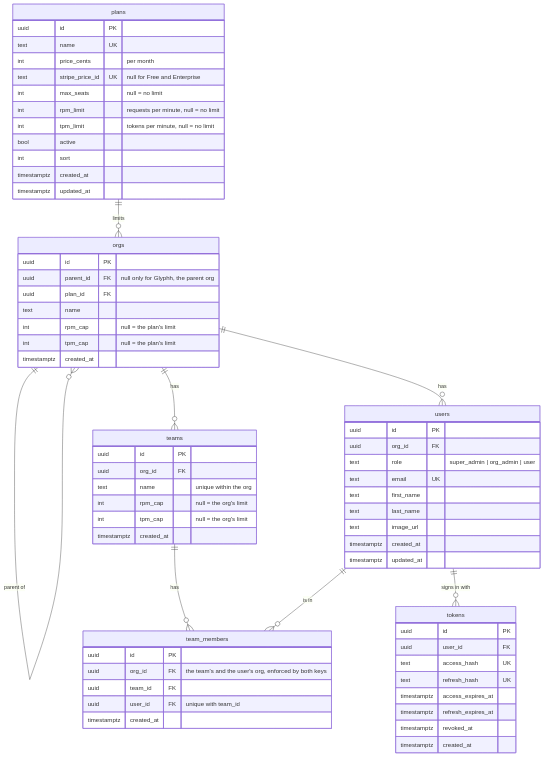
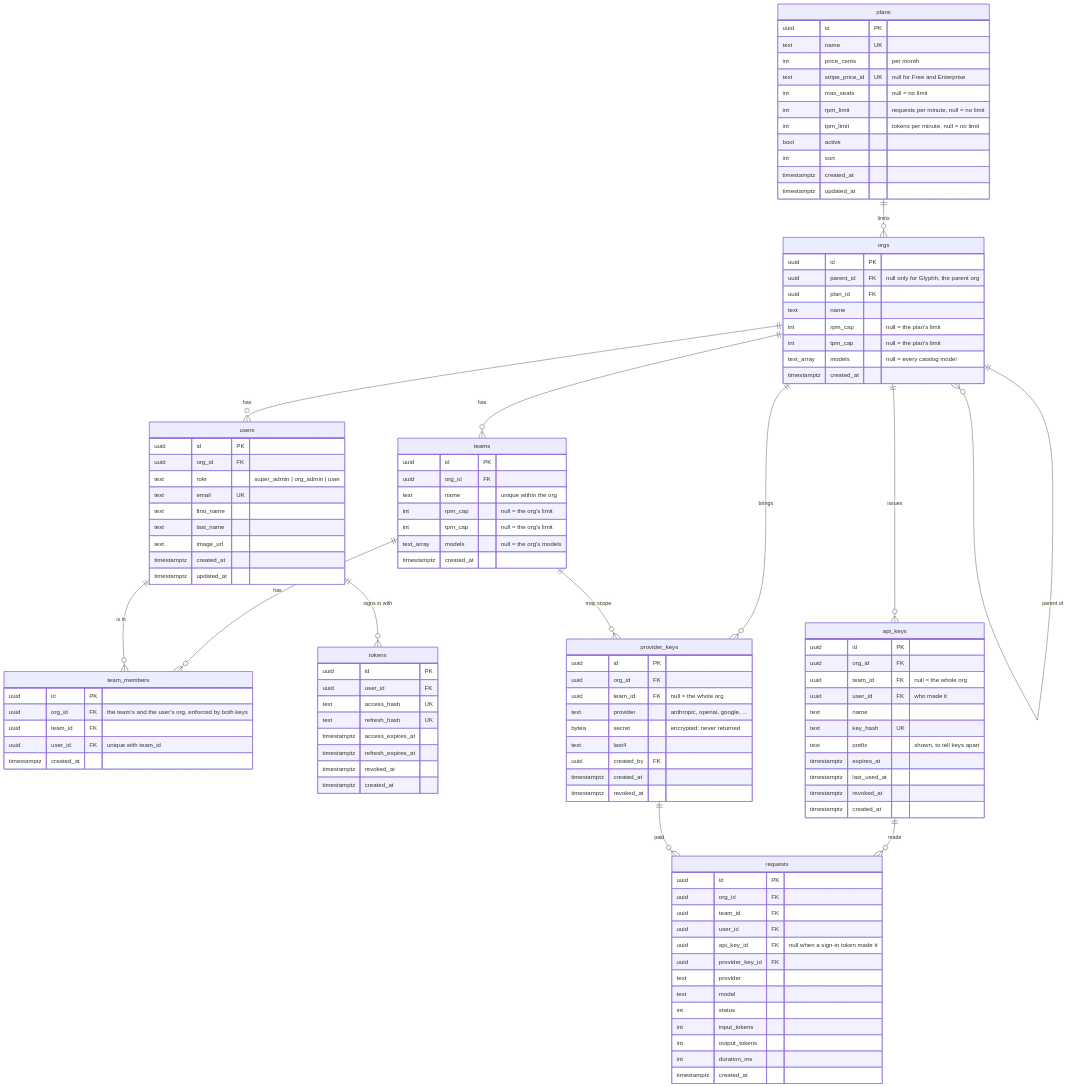
One commit to glyphh-ai/server changed the diagram in docs/data-model.md. Above: the diagram before and after it, drawn with Mermaid. The commit also changed other lines of this file, not shown here.

Commit message:
Data model: the gateway, keys brought and issued, model access, the request log

```diff
--- a/docs/data-model.md
+++ b/docs/data-model.md
@@ -11,6 +11,11 @@
     teams ||--o{ team_members : "has"
     users ||--o{ team_members : "is in"
     users ||--o{ tokens : "signs in with"
+    orgs ||--o{ provider_keys : "brings"
+    teams ||--o{ provider_keys : "may scope"
+    orgs ||--o{ api_keys : "issues"
+    api_keys ||--o{ requests : "made"
+    provider_keys ||--o{ requests : "paid"
 
     plans {
         uuid id PK
@@ -33,6 +38,7 @@
         text name
         int rpm_cap "null = the plan's limit"
         int tpm_cap "null = the plan's limit"
+        text_array models "null = every catalog model"
         timestamptz created_at
     }
 
@@ -54,6 +60,7 @@
         text name "unique within the org"
         int rpm_cap "null = the org's limit"
         int tpm_cap "null = the org's limit"
+        text_array models "null = the org's models"
         timestamptz created_at
     }
 
@@ -62,6 +69,48 @@
         uuid org_id FK "the team's and the user's org, enforced by both keys"
         uuid team_id FK
         uuid user_id FK "unique with team_id"
+        timestamptz created_at
+    }
+
+    provider_keys {
+        uuid id PK
+        uuid org_id FK
+        uuid team_id FK "null = the whole org"
+        text provider "anthropic, openai, google, ..."
+        bytea secret "encrypted; never returned"
+        text last4
+        uuid created_by FK
+        timestamptz created_at
+        timestamptz revoked_at
+    }
+
+    api_keys {
+        uuid id PK
+        uuid org_id FK
+        uuid team_id FK "null = the whole org"
+        uuid user_id FK "who made it"
+        text name
+        text key_hash UK
+        text prefix "shown, to tell keys apart"
+        timestamptz expires_at
+        timestamptz last_used_at
+        timestamptz revoked_at
+        timestamptz created_at
+    }
+
+    requests {
+        uuid id PK
+        uuid org_id FK
+        uuid team_id FK
+        uuid user_id FK
+        uuid api_key_id FK "null when a sign-in token made it"
+        uuid provider_key_id FK
+        text provider
+        text model
+        int status
+        int input_tokens
+        int output_tokens
+        int duration_ms
         timestamptz created_at
     }
 
```
